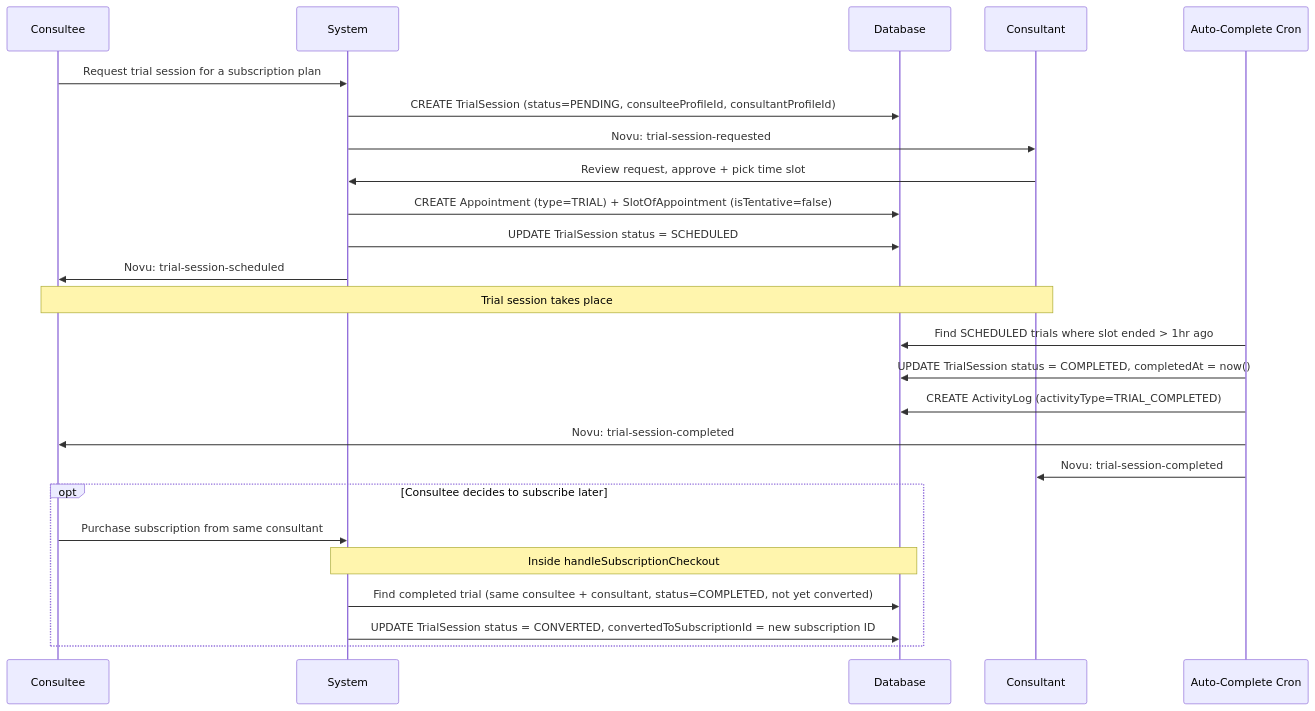
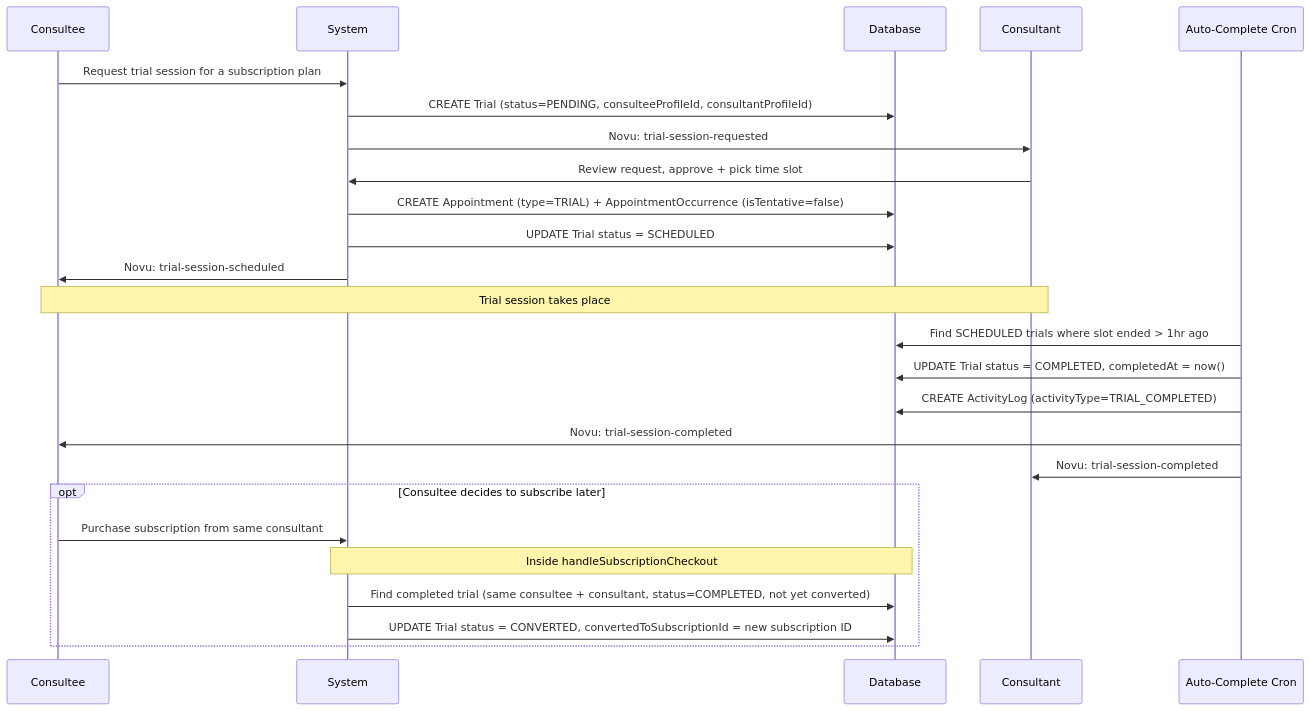
The eighth of 16 diagrams in docs/booking/06-booking-lifecycle.md (Practitionist/familiarise_web), drawn with Mermaid before and after one commit. The commit also changed other lines of this file and 107 other files, not shown here.

Commit message:
docs(vocabulary): the scheduling glossary, booking, feedback, support, stream and review docs speak AppointmentOccurrence, Meeting and Trial (#1554)

````diff
--- a/docs/booking/06-booking-lifecycle.md
+++ b/docs/booking/06-booking-lifecycle.md
@@ -645,32 +645,32 @@
 ```mermaid
 sequenceDiagram
     participant CE as Consultee
     participant SYS as System
     participant DB as Database
     participant CT as Consultant
     participant CRON as Auto-Complete Cron
 
     CE->>SYS: Request trial session for a subscription plan
-    SYS->>DB: CREATE TrialSession (status=PENDING, consulteeProfileId, consultantProfileId)
+    SYS->>DB: CREATE Trial (status=PENDING, consulteeProfileId, consultantProfileId)
     SYS->>CT: Novu: trial-session-requested
 
     CT->>SYS: Review request, approve + pick time slot
-    SYS->>DB: CREATE Appointment (type=TRIAL) + SlotOfAppointment (isTentative=false)
-    SYS->>DB: UPDATE TrialSession status = SCHEDULED
+    SYS->>DB: CREATE Appointment (type=TRIAL) + AppointmentOccurrence (isTentative=false)
+    SYS->>DB: UPDATE Trial status = SCHEDULED
     SYS->>CE: Novu: trial-session-scheduled
 
     Note over CE,CT: Trial session takes place
 
     CRON->>DB: Find SCHEDULED trials where slot ended > 1hr ago
-    CRON->>DB: UPDATE TrialSession status = COMPLETED, completedAt = now()
+    CRON->>DB: UPDATE Trial status = COMPLETED, completedAt = now()
     CRON->>DB: CREATE ActivityLog (activityType=TRIAL_COMPLETED)
     CRON->>CE: Novu: trial-session-completed
     CRON->>CT: Novu: trial-session-completed
 
     opt Consultee decides to subscribe later
         CE->>SYS: Purchase subscription from same consultant
         Note over SYS,DB: Inside handleSubscriptionCheckout
         SYS->>DB: Find completed trial (same consultee + consultant, status=COMPLETED, not yet converted)
-        SYS->>DB: UPDATE TrialSession status = CONVERTED, convertedToSubscriptionId = new subscription ID
+        SYS->>DB: UPDATE Trial status = CONVERTED, convertedToSubscriptionId = new subscription ID
     end
 ```
````
